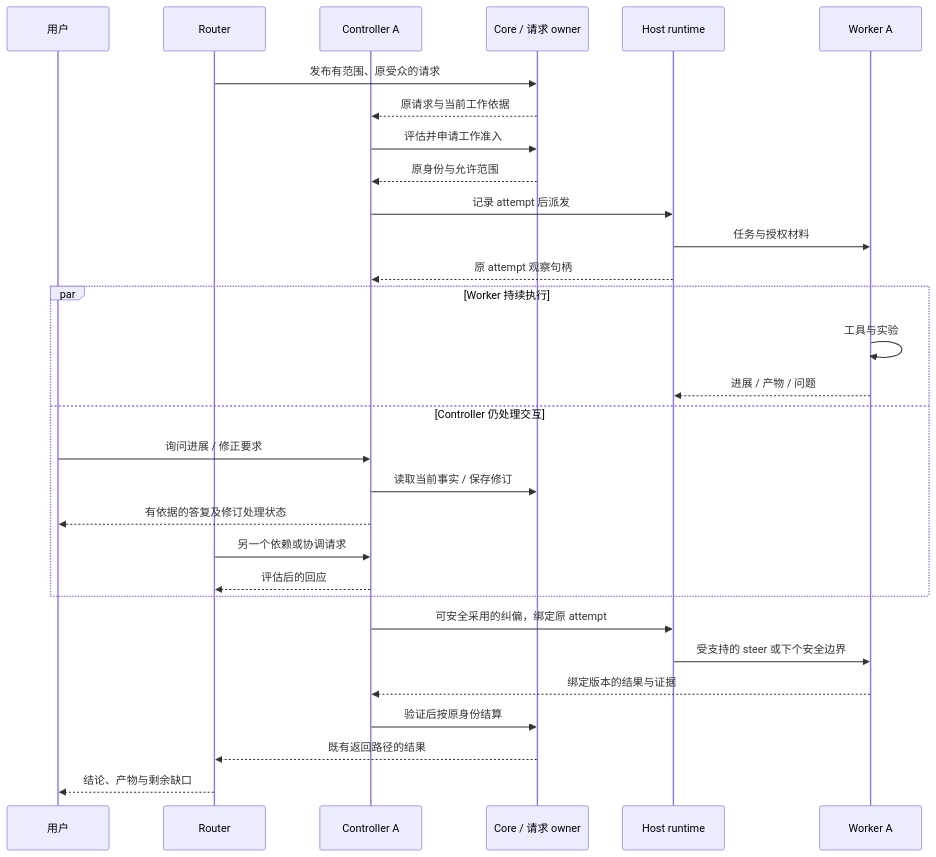
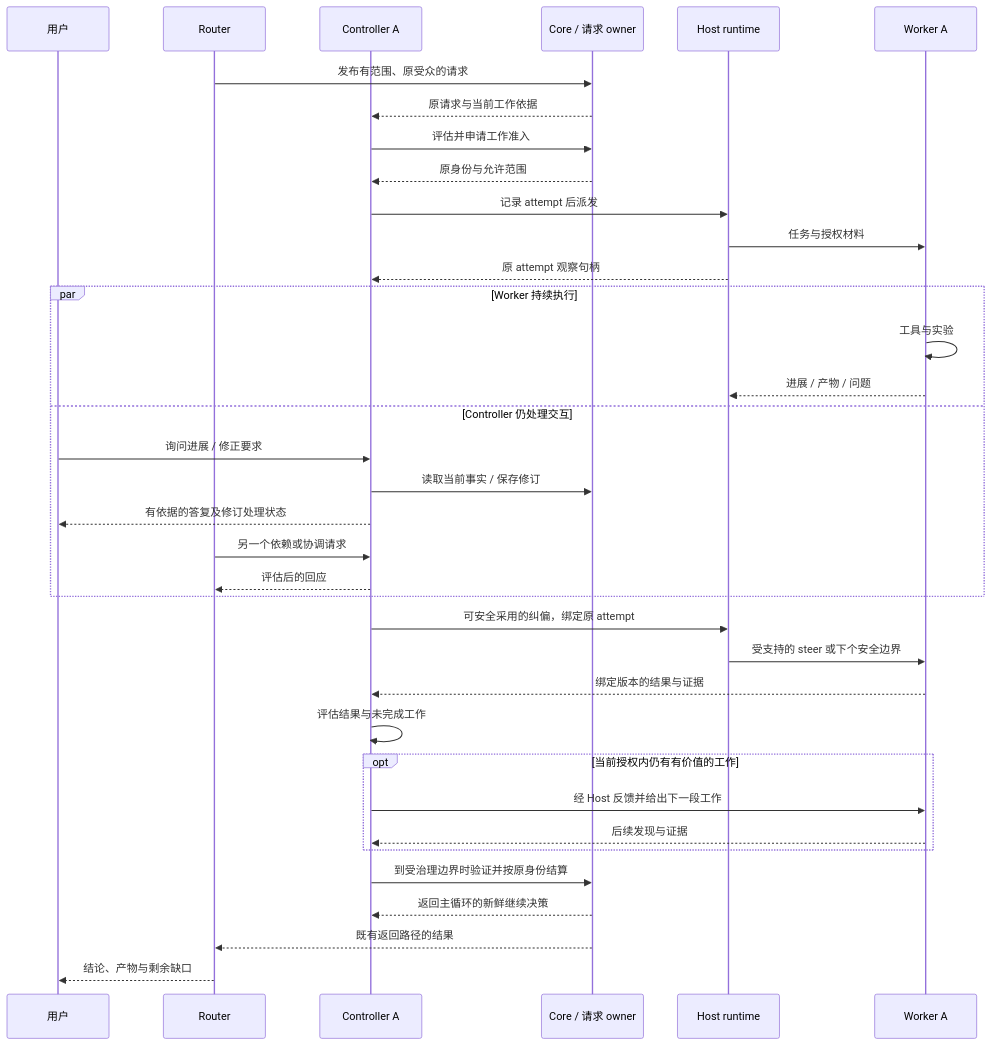
One commit to loopx-project/loopx changed the fourth of 9 diagrams in docs/architecture/rfcs/controller-executor-unified-contract-v0.zh-CN.md. Above: the diagram before and after it, drawn with Mermaid. The commit also changed other lines of this file and 3 other files, not shown here.

````diff
--- a/docs/architecture/rfcs/controller-executor-unified-contract-v0.zh-CN.md
+++ b/docs/architecture/rfcs/controller-executor-unified-contract-v0.zh-CN.md
@@ -226,32 +276,38 @@
 ```mermaid
 sequenceDiagram
   participant U as 用户
   participant R as Router
   participant C as Controller A
   participant K as Core / 请求 owner
   participant H as Host runtime
   participant W as Worker A
   R->>K: 发布有范围、原受众的请求
   K-->>C: 原请求与当前工作依据
   C->>K: 评估并申请工作准入
   K-->>C: 原身份与允许范围
   C->>H: 记录 attempt 后派发
   H->>W: 任务与授权材料
   H-->>C: 原 attempt 观察句柄
   par Worker 持续执行
     W->>W: 工具与实验
     W-->>H: 进展 / 产物 / 问题
   and Controller 仍处理交互
     U->>C: 询问进展 / 修正要求
     C->>K: 读取当前事实 / 保存修订
     C-->>U: 有依据的答复及修订处理状态
     R->>C: 另一个依赖或协调请求
     C-->>R: 评估后的回应
   end
   C->>H: 可安全采用的纠偏，绑定原 attempt
   H->>W: 受支持的 steer 或下个安全边界
   W-->>C: 绑定版本的结果与证据
-  C->>K: 验证后按原身份结算
+  C->>C: 评估结果与未完成工作
+  opt 当前授权内仍有有价值的工作
+    C->>W: 经 Host 反馈并给出下一段工作
+    W-->>C: 后续发现与证据
+  end
+  C->>K: 到受治理边界时验证并按原身份结算
+  K-->>C: 返回主循环的新鲜继续决策
   K-->>R: 既有返回路径的结果
   R-->>U: 结论、产物与剩余缺口
 ```
````
